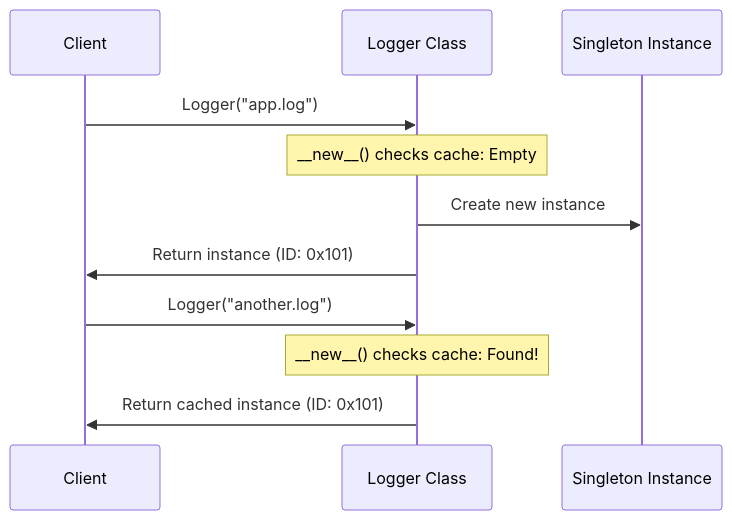
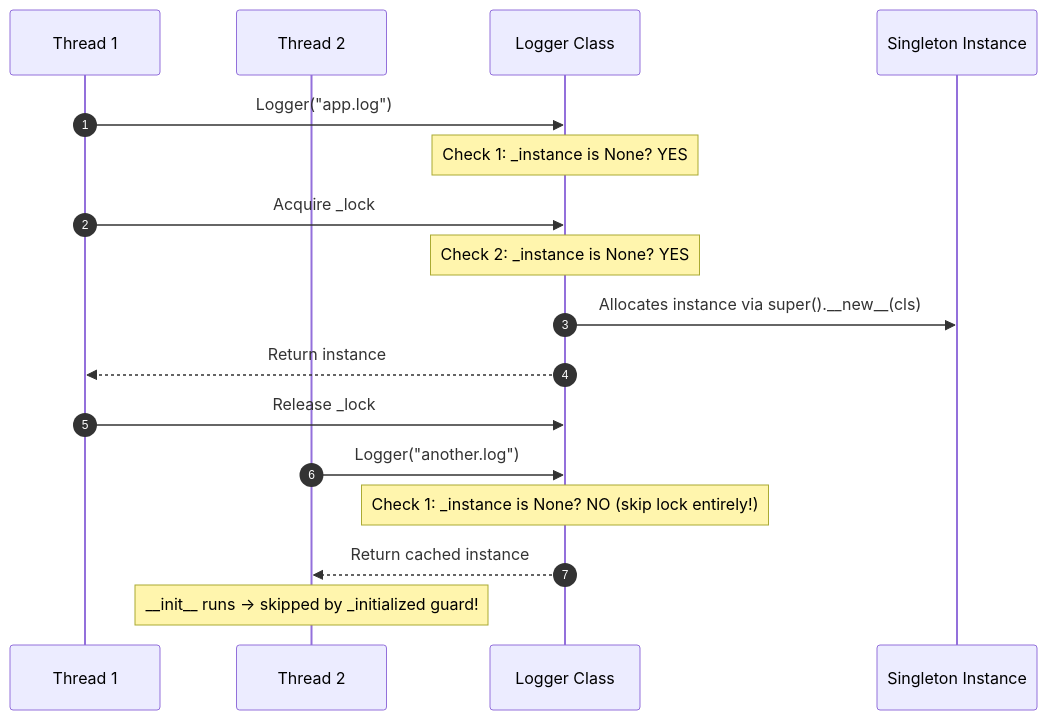
One commit to chahatsagarmain/lld changed the second of 2 diagrams in singleton/README.md. Above: the diagram before and after it, drawn with Mermaid. The commit also changed other lines of this file and 13 other files, not shown here.

````diff
--- a/singleton/README.md
+++ b/singleton/README.md
@@ -22,15 +58,21 @@
 ```mermaid
 sequenceDiagram
-    participant Client
-    participant Logger Class
-    participant Singleton Instance
+    autonumber
+    participant T1 as Thread 1
+    participant T2 as Thread 2
+    participant Logger as Logger Class
+    participant Inst as Singleton Instance
 
-    Client->>Logger Class: Logger("app.log")
-    Note over Logger Class: __new__() checks cache: Empty
-    Logger Class->>Singleton Instance: Create new instance
-    Logger Class->>Client: Return instance (ID: 0x101)
-    
-    Client->>Logger Class: Logger("another.log")
-    Note over Logger Class: __new__() checks cache: Found!
-    Logger Class->>Client: Return cached instance (ID: 0x101)
+    T1->>Logger: Logger("app.log")
+    Note over Logger: Check 1: _instance is None? YES
+    T1->>Logger: Acquire _lock
+    Note over Logger: Check 2: _instance is None? YES
+    Logger->>Inst: Allocates instance via super().__new__(cls)
+    Logger-->>T1: Return instance
+    T1->>Logger: Release _lock
+
+    T2->>Logger: Logger("another.log")
+    Note over Logger: Check 1: _instance is None? NO (skip lock entirely!)
+    Logger-->>T2: Return cached instance
+    Note over T2: __init__ runs -> skipped by _initialized guard!
 ```
````
